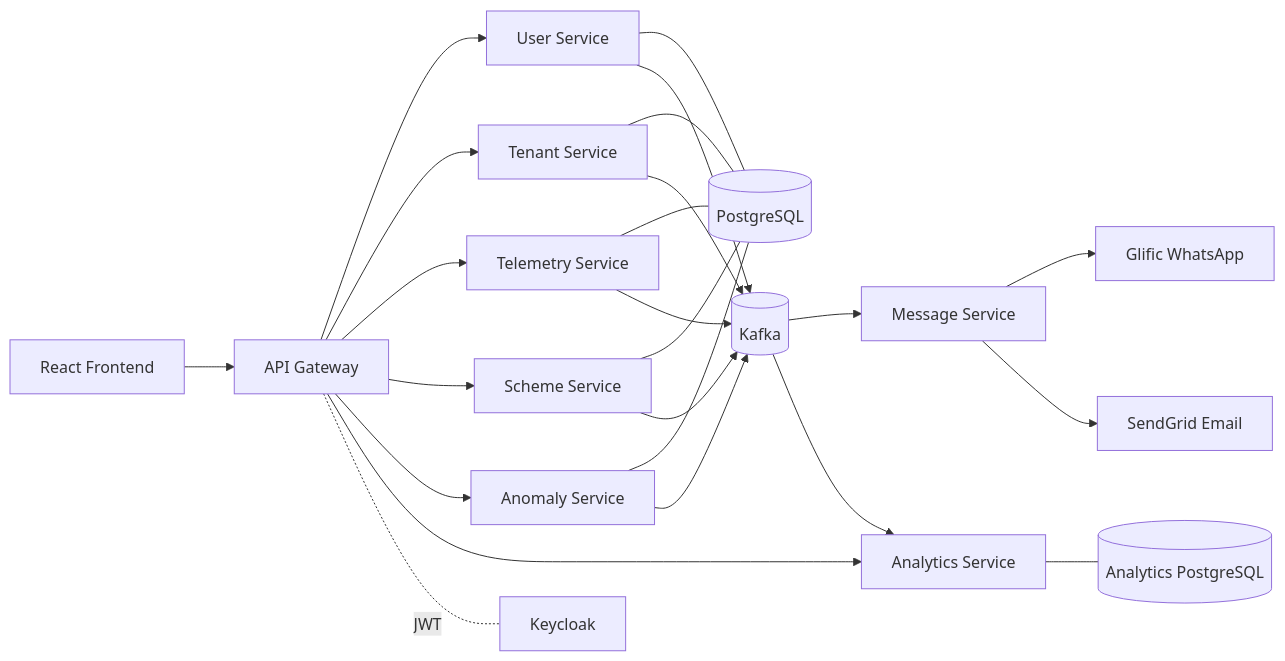
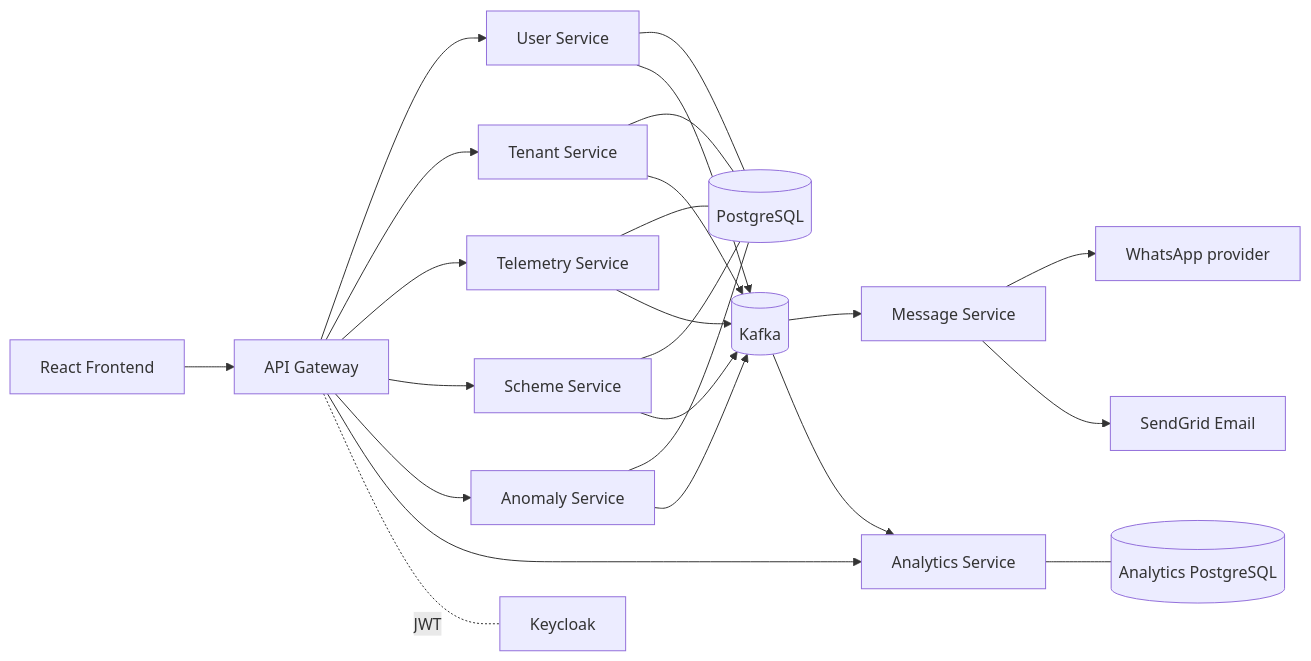
One commit to arghyam/JalSoochak changed the second of 2 diagrams in gitbook/technical-architecture.md. Above: the diagram before and after it, drawn with Mermaid. The commit also changed other lines of this file and 18 other files, not shown here.

````diff
--- a/gitbook/technical-architecture.md
+++ b/gitbook/technical-architecture.md
@@ -106,26 +106,26 @@
 ```mermaid
 graph LR
     FE[React Frontend] --> GW[API Gateway]
     GW --> US[User Service]
     GW --> TN[Tenant Service]
     GW --> TE[Telemetry Service]
     GW --> SC[Scheme Service]
     GW --> AN[Anomaly Service]
     GW --> AL[Analytics Service]
     US --- DB[(PostgreSQL)]
     TN --- DB
     TE --- DB
     SC --- DB
     AN --- DB
     TN --> KA[(Kafka)]
     US --> KA
     TE --> KA
     SC --> KA
     AN --> KA
     KA --> MS[Message Service]
     KA --> AL
     AL --- DW[(Analytics PostgreSQL)]
-    MS --> GL[Glific WhatsApp]
+    MS --> WA[WhatsApp provider]
     MS --> SG[SendGrid Email]
     GW -. JWT .- KC[Keycloak]
 ```
````
